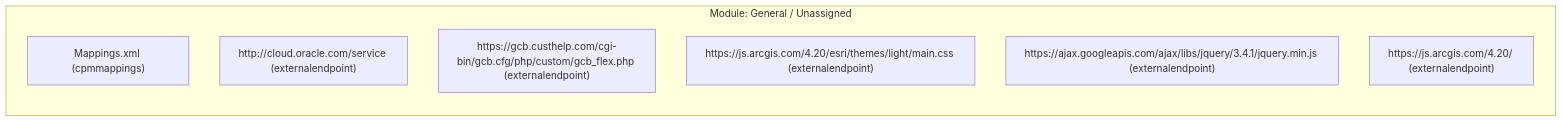
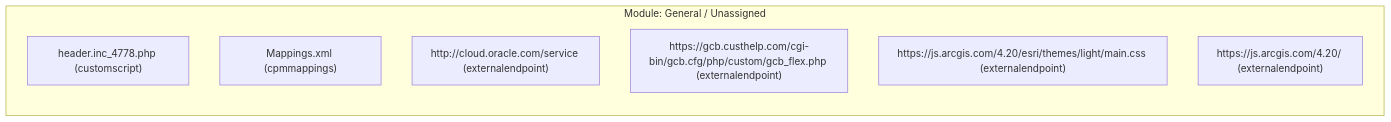
One commit to SujalMatolia0/Config_Migration changed the second of 4 diagrams in results/COMPLETE_SYSTEM_MAPPING.md. Above: the diagram before and after it, drawn with Mermaid. The commit also changed other lines of this file and 41 other files, not shown here.

````diff
--- a/results/COMPLETE_SYSTEM_MAPPING.md
+++ b/results/COMPLETE_SYSTEM_MAPPING.md
@@ -84,11 +86,11 @@
 ```mermaid
 flowchart LR
   subgraph MOD_General___Unassigned ["Module: General / Unassigned"]
+    N_customscript_header_inc_4778_php["header.inc_4778.php (customscript)"]
     N_cpmmappings_mappings_xml["Mappings.xml (cpmmappings)"]
     N_externalendpoint_http___cloud_oracle_com_service["http://cloud.oracle.com/service (externalendpoint)"]
     N_externalendpoint_https___gcb_custhelp_com_cgi_bin_gcb_cfg_php_custom_gcb_flex_php["https://gcb.custhelp.com/cgi-bin/gcb.cfg/php/custom/gcb_flex.php (externalendpoint)"]
     N_externalendpoint_https___js_arcgis_com_4_20_esri_themes_light_main_css["https://js.arcgis.com/4.20/esri/themes/light/main.css (externalendpoint)"]
-    N_externalendpoint_https___ajax_googleapis_com_ajax_libs_jquery_3_4_1_jquery_min_js["https://ajax.googleapis.com/ajax/libs/jquery/3.4.1/jquery.min.js (externalendpoint)"]
     N_externalendpoint_https___js_arcgis_com_4_20_["https://js.arcgis.com/4.20/ (externalendpoint)"]
   end
 ```
````
